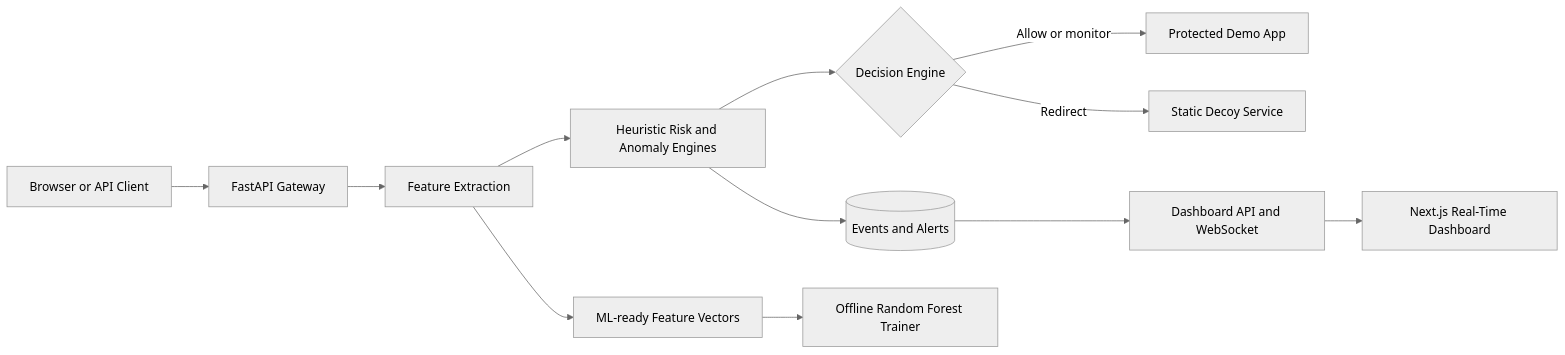
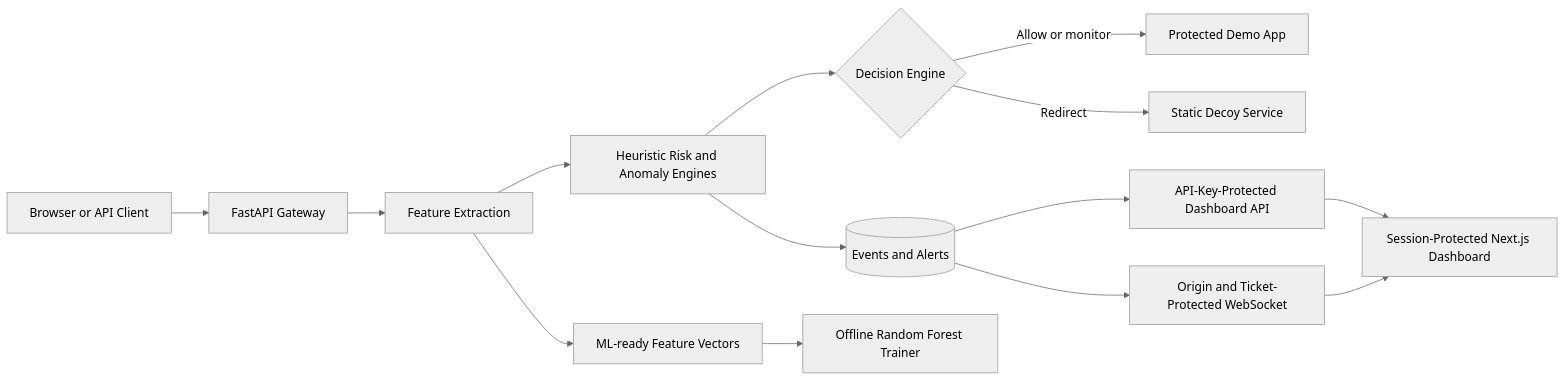
Before and after one commit to rafienajwan/mirage: the first of 2 diagrams in docs/architecture.md, drawn with Mermaid (neutral theme). The commit also changed other lines of this file and 6 other files, not shown here.

Commit message:
docs: document protected dashboard setup

````diff
--- a/docs/architecture.md
+++ b/docs/architecture.md
@@ -5,14 +5,16 @@
 ```mermaid
 graph LR
     A[Browser or API Client] --> B[FastAPI Gateway]
     B --> C[Feature Extraction]
     C --> D[Heuristic Risk and Anomaly Engines]
     D --> E{Decision Engine}
     E -->|Allow or monitor| F[Protected Demo App]
     E -->|Redirect| G[Static Decoy Service]
     D --> H[(Events and Alerts)]
-    H --> I[Dashboard API and WebSocket]
-    I --> J[Next.js Real-Time Dashboard]
-    C --> K[ML-ready Feature Vectors]
-    K --> L[Offline Random Forest Trainer]
+    H --> I[API-Key-Protected Dashboard API]
+    I --> J[Session-Protected Next.js Dashboard]
+    H --> K[Origin and Ticket-Protected WebSocket]
+    K --> J
+    C --> L[ML-ready Feature Vectors]
+    L --> M[Offline Random Forest Trainer]
 ```
````
